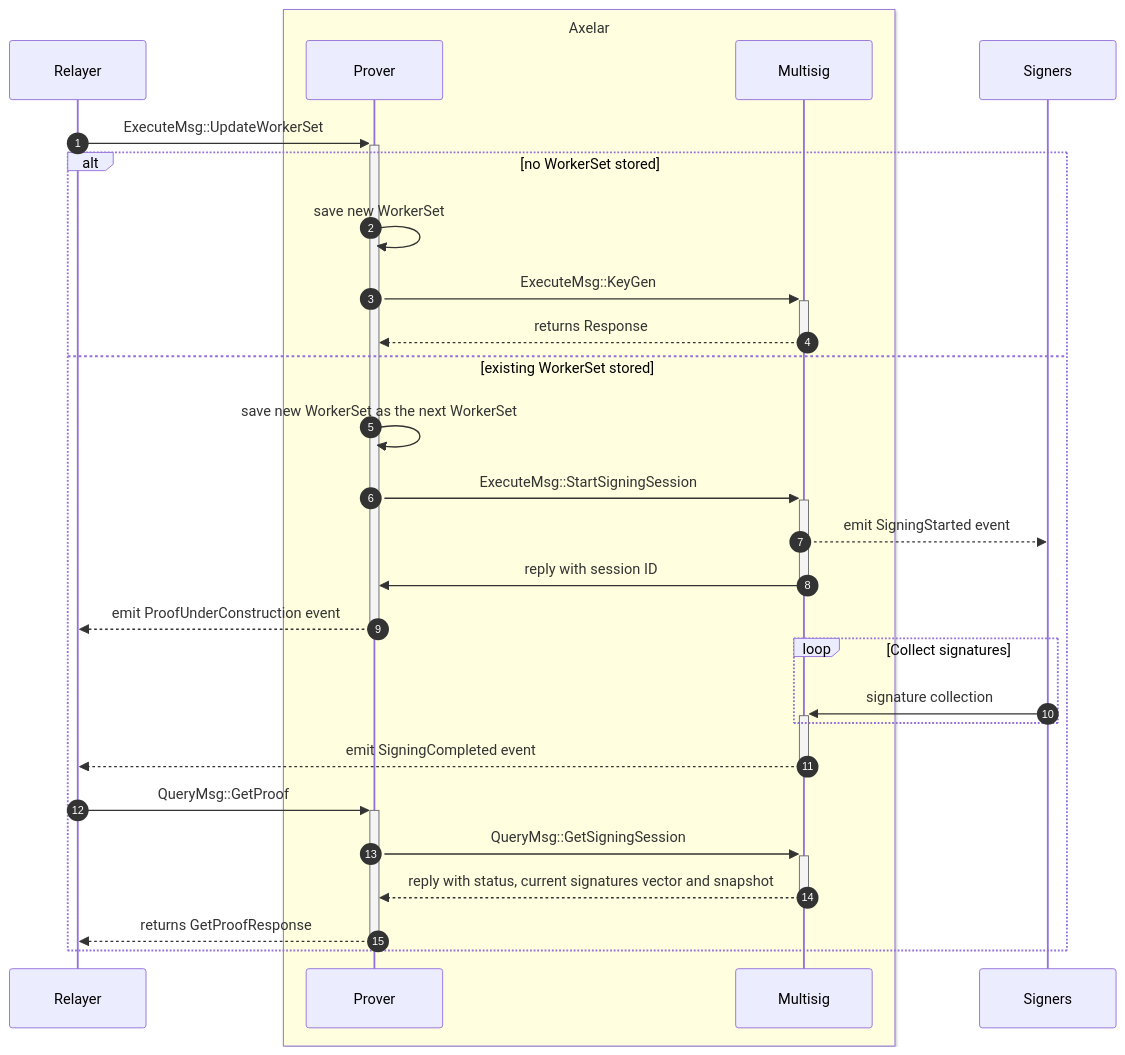
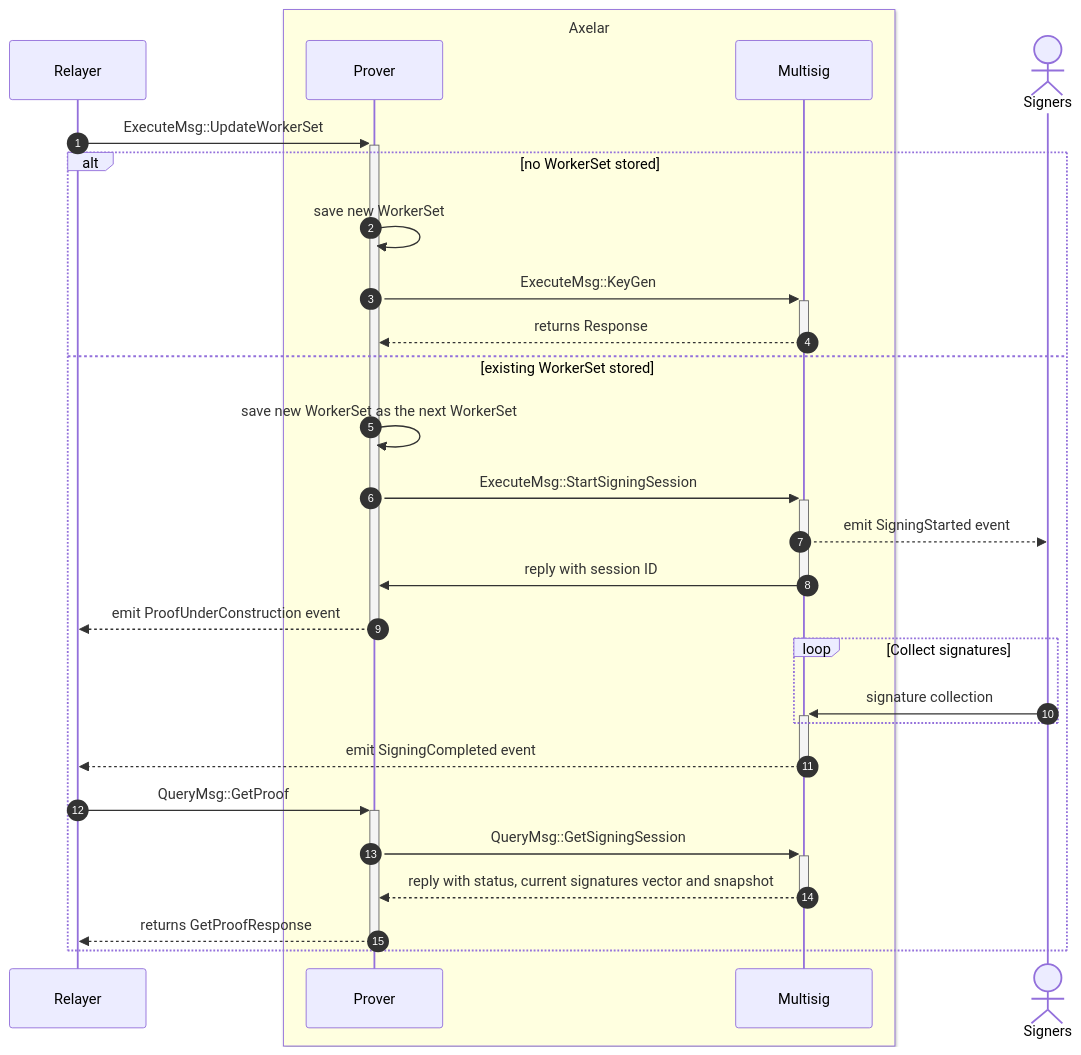
Before and after one commit to axelarnetwork/axelar-amplifier: the third of 4 diagrams in doc/src/contracts/multisig_prover.md, drawn with Mermaid.

Commit message:
add Signer actor to UpdateWorkerSet diagram

````diff
--- a/doc/src/contracts/multisig_prover.md
+++ b/doc/src/contracts/multisig_prover.md
@@ -84,31 +84,32 @@
 ```mermaid
 sequenceDiagram
 autonumber
 participant Relayer
 box LightYellow Axelar
 participant Prover
 participant Multisig
 end
+actor Signers
 
 Relayer->>+Prover: ExecuteMsg::UpdateWorkerSet
 alt no WorkerSet stored
   Prover->>Prover: save new WorkerSet
   Prover->>+Multisig: ExecuteMsg::KeyGen
   Multisig-->>-Prover: returns Response
 else existing WorkerSet stored
   Prover->>Prover: save new WorkerSet as the next WorkerSet
   Prover->>+Multisig: ExecuteMsg::StartSigningSession
   Multisig-->>Signers: emit SigningStarted event
   Multisig->>-Prover: reply with session ID
   Prover-->>Relayer: emit ProofUnderConstruction event
   deactivate Prover
   loop Collect signatures
 	Signers->>+Multisig: signature collection
   end
 Multisig-->>-Relayer: emit SigningCompleted event
 Relayer->>+Prover: QueryMsg::GetProof
 Prover->>+Multisig: QueryMsg::GetSigningSession
 Multisig-->>-Prover: reply with status, current signatures vector and snapshot
 Prover-->>-Relayer: returns GetProofResponse
 end
 ```
````
